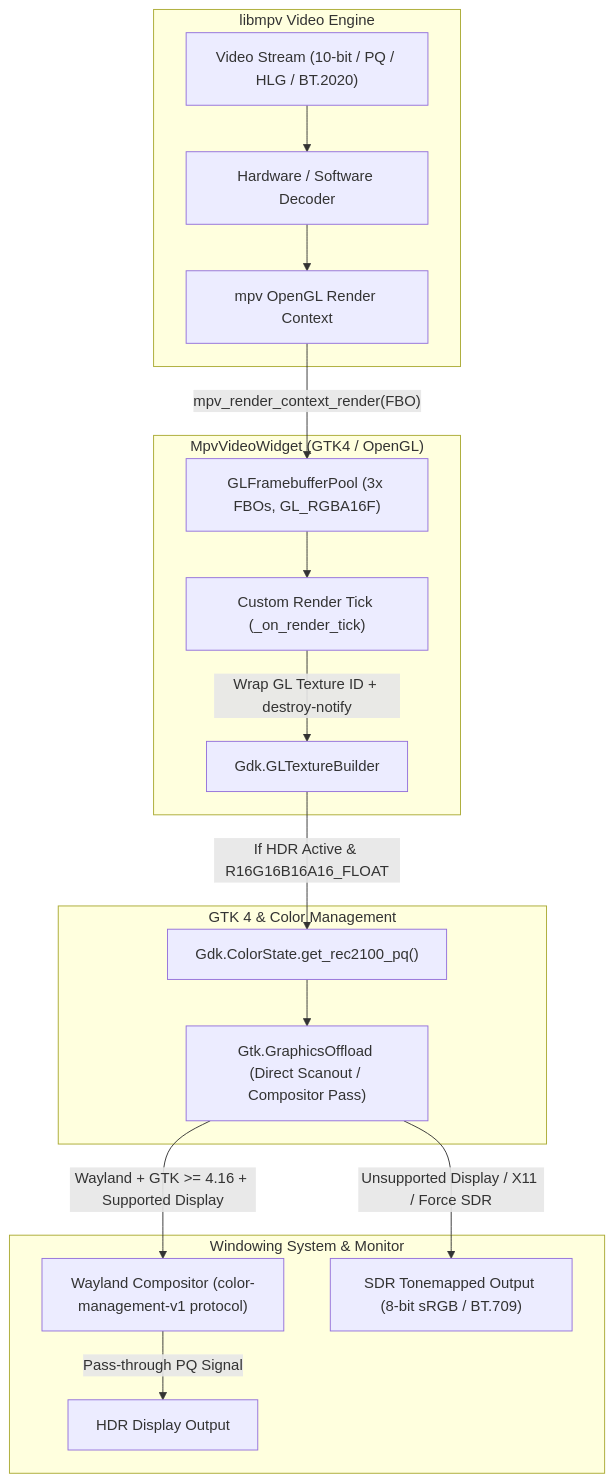
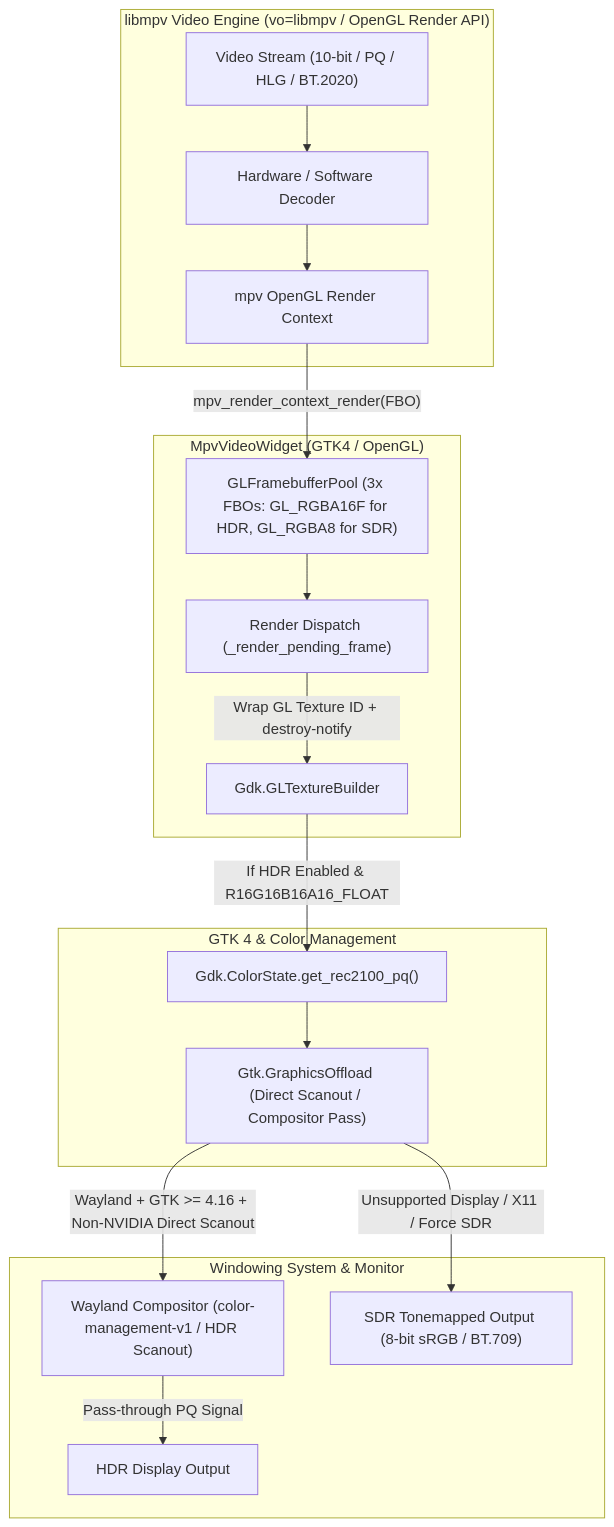
Before and after one commit to rusmikev/CineHDR: the first of 2 diagrams in docs/HDR.md, drawn with Mermaid. The commit also changed other lines of this file and 5 other files, not shown here.

````diff
--- a/docs/HDR.md
+++ b/docs/HDR.md
@@ -11,38 +11,38 @@
 ```mermaid
 graph TD
-    subgraph MPV ["libmpv Video Engine"]
+    subgraph MPV ["libmpv Video Engine (vo=libmpv / OpenGL Render API)"]
         Stream["Video Stream (10-bit / PQ / HLG / BT.2020)"]
         Decoder["Hardware / Software Decoder"]
         MPVRender["mpv OpenGL Render Context"]
     end
 
     subgraph Widget ["MpvVideoWidget (GTK4 / OpenGL)"]
-        FBOPool["GLFramebufferPool (3x FBOs, GL_RGBA16F)"]
-        GLArea["Custom Render Tick (_on_render_tick)"]
+        FBOPool["GLFramebufferPool (3x FBOs: GL_RGBA16F for HDR, GL_RGBA8 for SDR)"]
+        GLArea["Render Dispatch (_render_pending_frame)"]
         GLTexture["Gdk.GLTextureBuilder"]
     end
 
     subgraph GTK ["GTK 4 & Color Management"]
         ColorState["Gdk.ColorState.get_rec2100_pq()"]
         Offload["Gtk.GraphicsOffload (Direct Scanout / Compositor Pass)"]
     end
 
     subgraph Display ["Windowing System & Monitor"]
-        Wayland["Wayland Compositor (color-management-v1 protocol)"]
+        Wayland["Wayland Compositor (color-management-v1 / HDR Scanout)"]
         Monitor["HDR Display Output"]
         SDRFallback["SDR Tonemapped Output (8-bit sRGB / BT.709)"]
     end
 
     Stream --> Decoder --> MPVRender
     MPVRender -->|"mpv_render_context_render(FBO)"| FBOPool
     FBOPool --> GLArea
     GLArea -->|"Wrap GL Texture ID + destroy-notify"| GLTexture
 
-    GLTexture -->|"If HDR Active & R16G16B16A16_FLOAT"| ColorState
+    GLTexture -->|"If HDR Enabled & R16G16B16A16_FLOAT"| ColorState
     ColorState --> Offload
 
-    Offload -->|"Wayland + GTK >= 4.16 + Supported Display"| Wayland
+    Offload -->|"Wayland + GTK >= 4.16 + Non-NVIDIA Direct Scanout"| Wayland
     Wayland -->|"Pass-through PQ Signal"| Monitor
 
     Offload -->|"Unsupported Display / X11 / Force SDR"| SDRFallback
 ```
````
